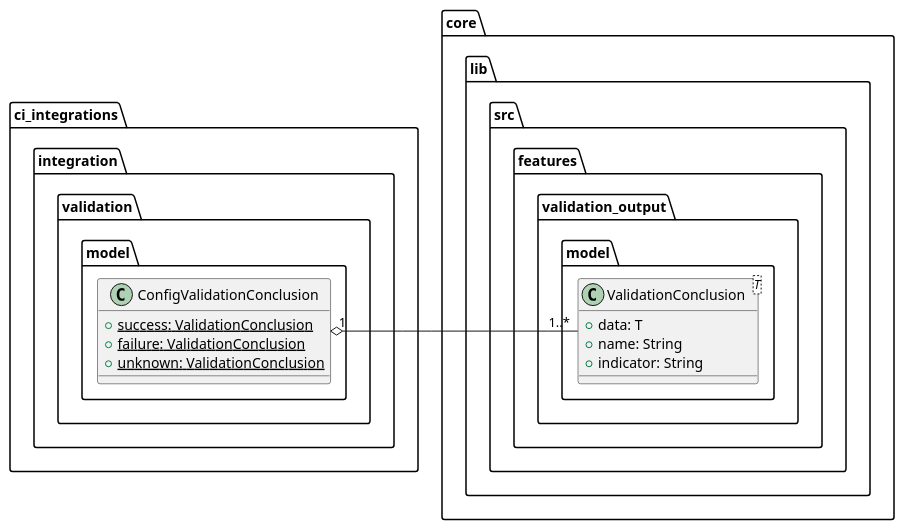
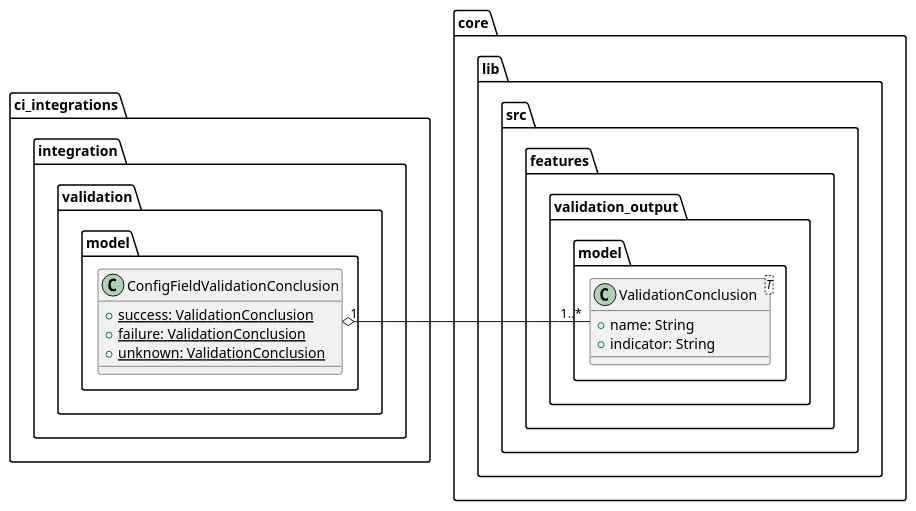
One commit to Flank/flank-dashboard changed the diagram in metrics/cli/docs/features/doctor_output_improvements/diagrams/config_validation_conclusion_class_diagram.puml. Above: the diagram before and after it, drawn with PlantUML. The commit also changed 5 other files, not shown here.

```diff
--- a/metrics/cli/docs/features/doctor_output_improvements/diagrams/config_validation_conclusion_class_diagram.puml
+++ b/metrics/cli/docs/features/doctor_output_improvements/diagrams/config_validation_conclusion_class_diagram.puml
@@ -1,21 +1,20 @@
 @startuml ci_integrations_validator_class_diagram
 
 package core.lib.src.features.validation_output.model {
     class ValidationConclusion<T> {
-        + data: T
         + name: String
         + indicator: String
     }
 }
 
 package ci_integrations.integration.validation.model {
-    class ConfigValidationConclusion {
+    class ConfigFieldValidationConclusion {
         + {static} success: ValidationConclusion
         + {static} failure: ValidationConclusion
         + {static} unknown: ValidationConclusion
     }
 }
 
-ValidationConclusion "1..*" -left-o "1" ConfigValidationConclusion
+ValidationConclusion "1..*" -left-o "1" ConfigFieldValidationConclusion
 
 @enduml
```
